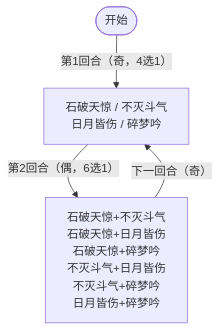
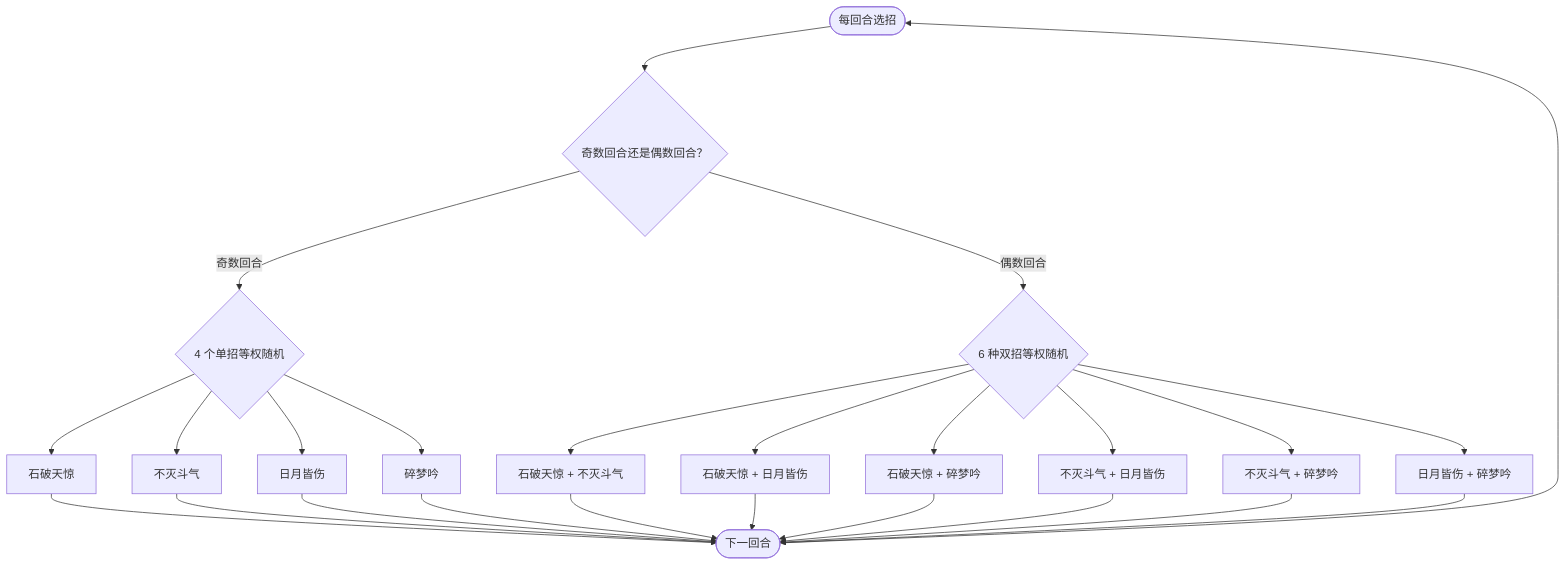
One commit to ttyl11/ttyl11.github.io changed the first of 2 diagrams in docs/monsters/boss/gaia_monster.md. Above: the diagram before and after it, drawn with Mermaid. The commit also changed other lines of this file and 1947 other files, not shown here.

Commit message:
feat: 补齐怪物图鉴与机制内容 — 新增 37 只精英、9 只 Boss 与 9 只特殊怪物详情页，补充刻印/机制/第五技能页面及怪物立绘

````diff
--- a/docs/monsters/boss/gaia_monster.md
+++ b/docs/monsters/boss/gaia_monster.md
@@ -17,6 +17,27 @@
 ```mermaid
 flowchart TD
-    A([开始]) -->|"第1回合（奇，4选1）"| B["石破天惊 / 不灭斗气<br/>日月皆伤 / 碎梦吟"]
-    B -->|"第2回合（偶，6选1）"| C["石破天惊+不灭斗气<br/>石破天惊+日月皆伤<br/>石破天惊+碎梦吟<br/>不灭斗气+日月皆伤<br/>不灭斗气+碎梦吟<br/>日月皆伤+碎梦吟"]
-    C -->|"下一回合（奇）"| B
+    A([每回合选招]) --> B{"奇数回合还是偶数回合？"}
+    B -->|"奇数回合"| S{"4 个单招等权随机"}
+    S --> S1["石破天惊"]
+    S --> S2["不灭斗气"]
+    S --> S3["日月皆伤"]
+    S --> S4["碎梦吟"]
+    B -->|"偶数回合"| D{"6 种双招等权随机"}
+    D --> D1["石破天惊 + 不灭斗气"]
+    D --> D2["石破天惊 + 日月皆伤"]
+    D --> D3["石破天惊 + 碎梦吟"]
+    D --> D4["不灭斗气 + 日月皆伤"]
+    D --> D5["不灭斗气 + 碎梦吟"]
+    D --> D6["日月皆伤 + 碎梦吟"]
+    S1 --> G([下一回合])
+    S2 --> G
+    S3 --> G
+    S4 --> G
+    D1 --> G
+    D2 --> G
+    D3 --> G
+    D4 --> G
+    D5 --> G
+    D6 --> G
+    G --> A
 ```
````
